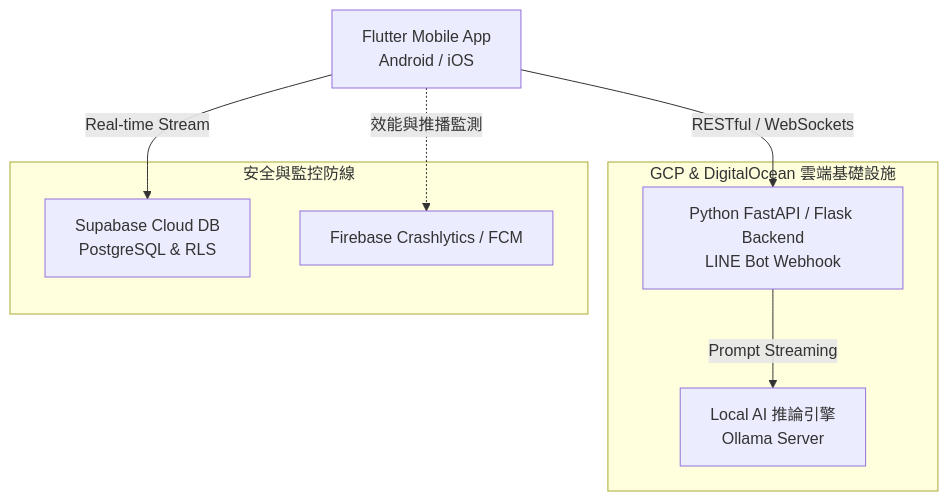
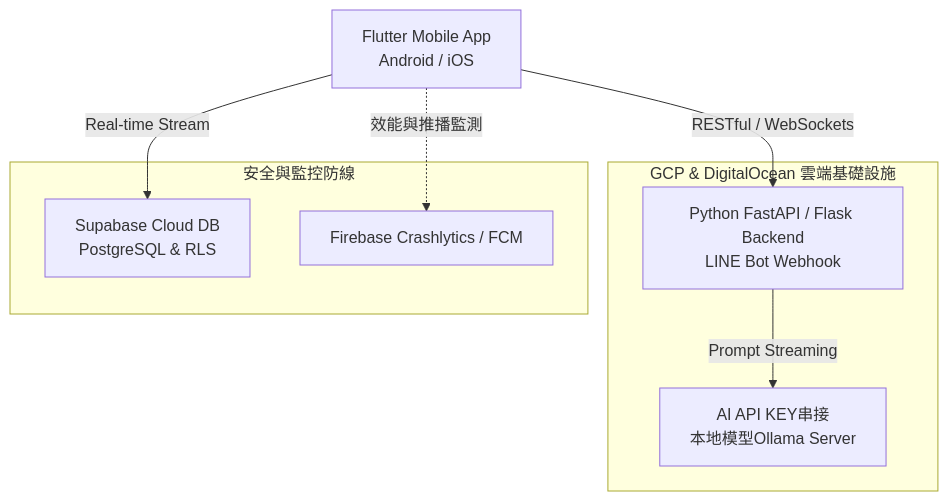
Before and after one commit to lai-jhinyan/lai-jhinyan: the diagram in README.md, drawn with Mermaid. The commit also changed other lines of this file, not shown here.

````diff
--- a/README.md
+++ b/README.md
@@ -53,18 +53,18 @@
 ```mermaid
 graph TD
     App[Flutter Mobile App<br>Android / iOS] -- RESTful / WebSockets --> Backend[Python FastAPI / Flask Backend<br>LINE Bot Webhook]
     App -- Real-time Stream --> Supabase[Supabase Cloud DB<br>PostgreSQL & RLS]
-    Backend -- Prompt Streaming --> AIEngine[Local AI 推論引擎<br>Ollama Server]
+    Backend -- Prompt Streaming --> AIEngine[AI API KEY串接<br>本地模型Ollama Server]
     
     subgraph Cloud [GCP & DigitalOcean 雲端基礎設施]
         Backend
         AIEngine
     end
     
     subgraph Security [安全與監控防線]
         Supabase
         Crash[Firebase Crashlytics / FCM]
     end
     
     App -. 效能與推播監測 .-> Crash
 ```
````
